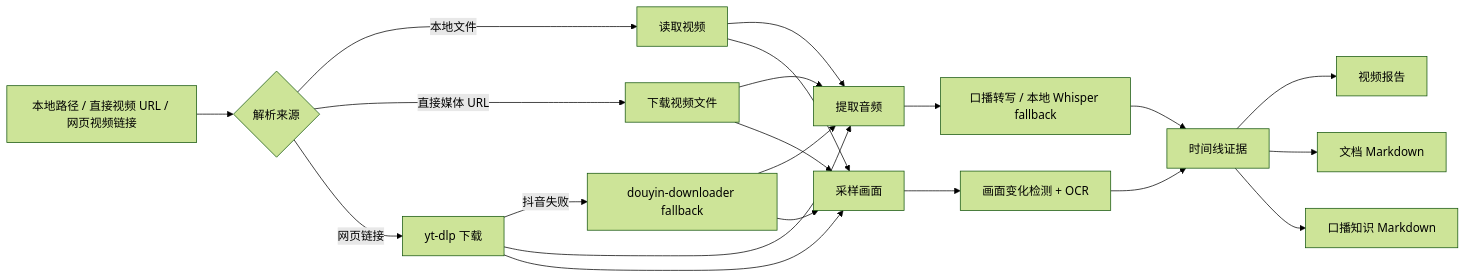
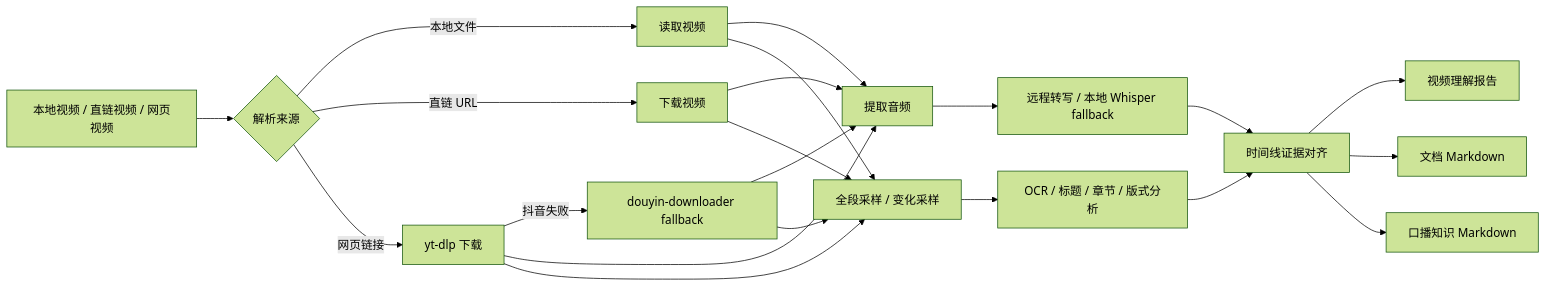
One commit to Dublin1231/Video-Understanding-Skill changed the diagram in README.md. Above: the diagram before and after it, drawn with Mermaid (forest theme). The commit also changed other lines of this file and 2 other files, not shown here.

````diff
--- a/README.md
+++ b/README.md
@@ -81,23 +73,23 @@
 ```mermaid
 flowchart LR
-  A["本地路径 / 直接视频 URL / 网页视频链接"] --> B{"解析来源"}
+  A["本地视频 / 直链视频 / 网页视频"] --> B{"解析来源"}
   B -->|"本地文件"| C["读取视频"]
-  B -->|"直接媒体 URL"| D["下载视频文件"]
+  B -->|"直链 URL"| D["下载视频"]
   B -->|"网页链接"| E["yt-dlp 下载"]
   E -->|"抖音失败"| E2["douyin-downloader fallback"]
   C --> F["提取音频"]
   D --> F
   E --> F
   E2 --> F
-  C --> G["采样画面"]
+  C --> G["全段采样 / 变化采样"]
   D --> G
   E --> G
   E2 --> G
-  F --> H["口播转写 / 本地 Whisper fallback"]
-  G --> I["画面变化检测 + OCR"]
-  H --> J["时间线证据"]
+  F --> H["远程转写 / 本地 Whisper fallback"]
+  G --> I["OCR / 标题 / 章节 / 版式分析"]
+  H --> J["时间线证据对齐"]
   I --> J
-  J --> K["视频报告"]
+  J --> K["视频理解报告"]
   J --> L["文档 Markdown"]
   J --> M["口播知识 Markdown"]
 ```
````
